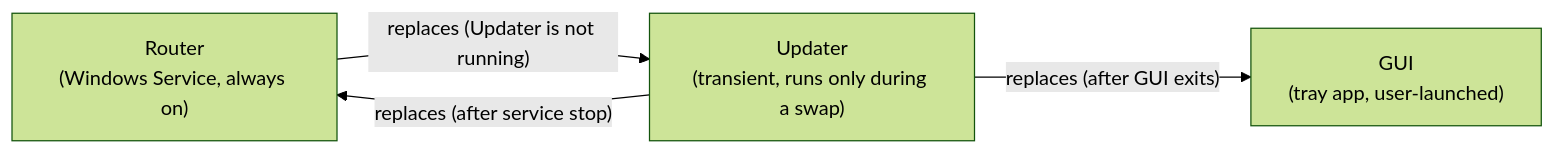
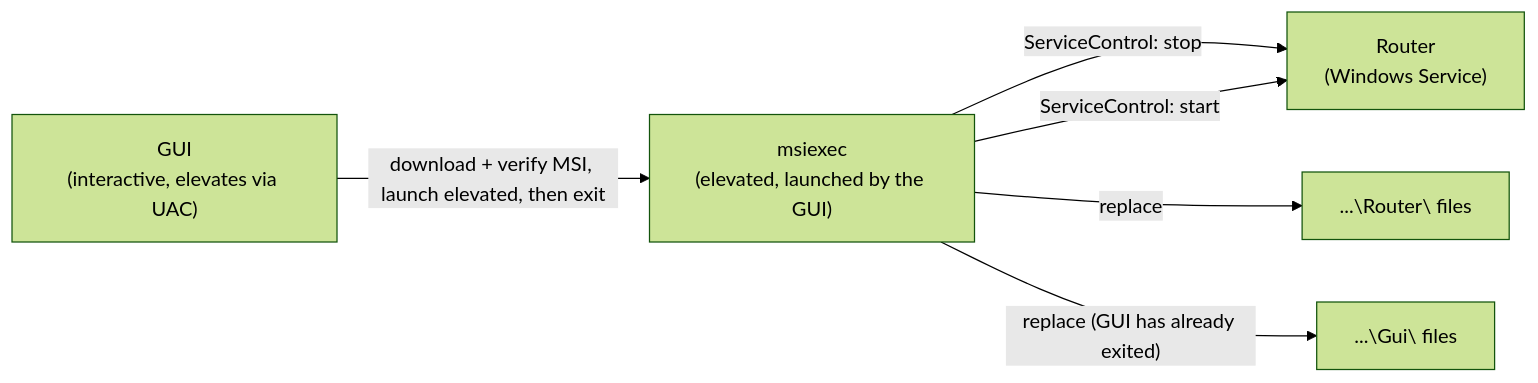
The diagram in docs/router/version-compatibility.md (davidpizon/TotallyHot-ArcRouter), drawn with Mermaid (forest theme) before and after one commit. The commit also changed other lines of this file and 51 other files, not shown here.

````diff
--- a/docs/router/version-compatibility.md
+++ b/docs/router/version-compatibility.md
@@ -40,10 +41,14 @@
 ```mermaid
 flowchart LR
-    Router["Router<br/>(Windows Service, always on)"]
-    Gui["GUI<br/>(tray app, user-launched)"]
-    Updater["Updater<br/>(transient, runs only during a swap)"]
+    Gui["GUI<br/>(interactive, elevates via UAC)"]
+    Msiexec["msiexec<br/>(elevated, launched by the GUI)"]
+    Router["Router<br/>(Windows Service)"]
+    GuiFiles["...\Gui\ files"]
+    RouterFiles["...\Router\ files"]
 
-    Router -- "replaces (Updater is not running)" --> Updater
-    Updater -- "replaces (after service stop)" --> Router
-    Updater -- "replaces (after GUI exits)" --> Gui
+    Gui -- "download + verify MSI, launch elevated, then exit" --> Msiexec
+    Msiexec -- "ServiceControl: stop" --> Router
+    Msiexec -- "replace" --> RouterFiles
+    Msiexec -- "replace (GUI has already exited)" --> GuiFiles
+    Msiexec -- "ServiceControl: start" --> Router
 ```
````
